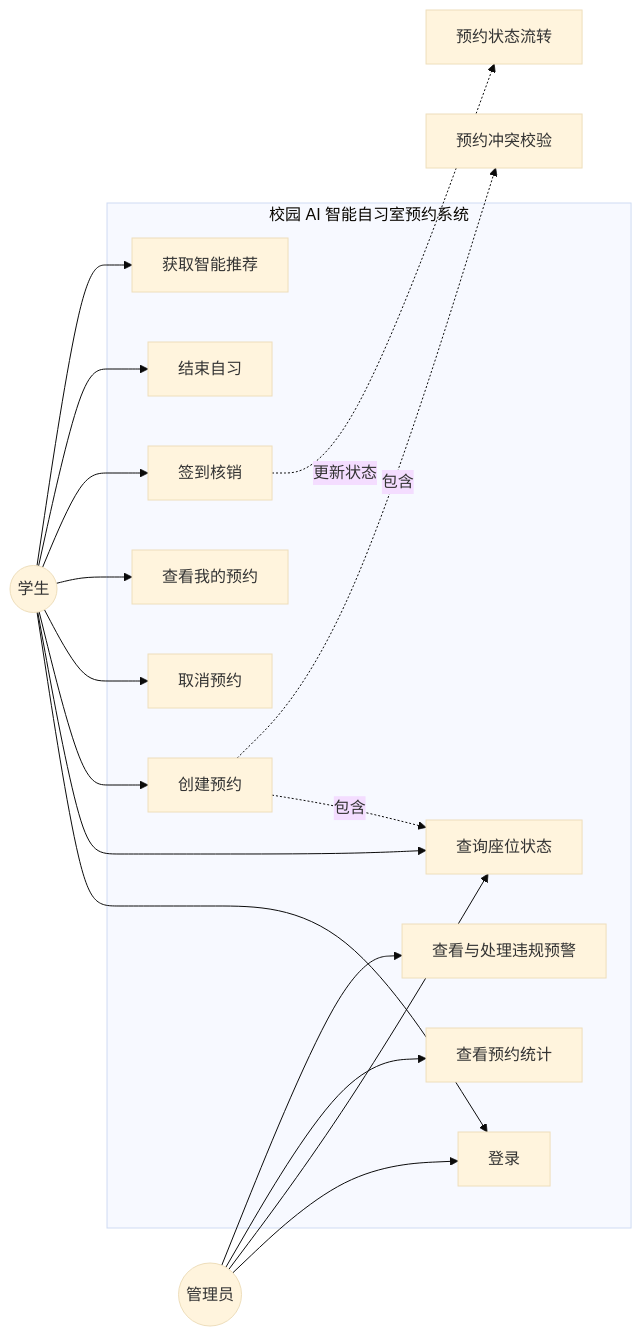
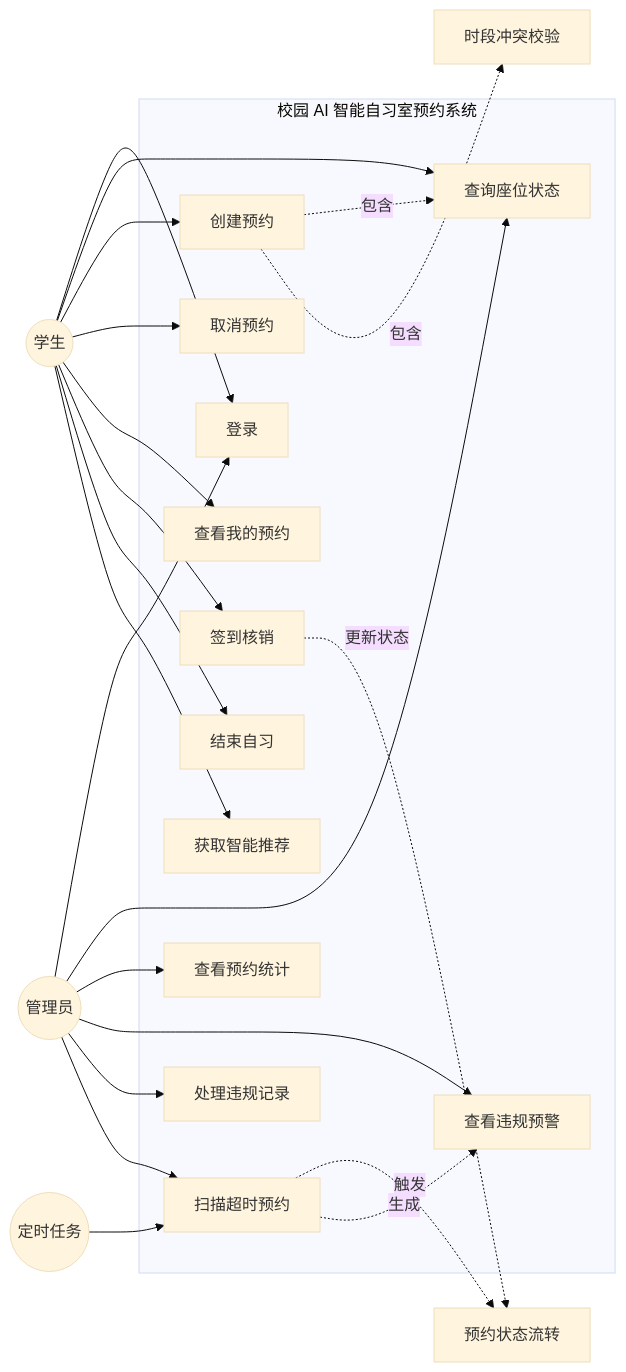
One commit to Type81-1/campus-ai-study-room changed the second of 7 diagrams in docs/系统设计/当前代码设计图稿.md. Above: the diagram before and after it, drawn with Mermaid (base theme). The commit also changed other lines of this file and 4 other files, not shown here.

First line of the commit message:
文档：更新 README 与设计图稿以对齐分层实现

````diff
--- a/docs/系统设计/当前代码设计图稿.md
+++ b/docs/系统设计/当前代码设计图稿.md
@@ -28,32 +97,42 @@
 ```mermaid
 flowchart LR
     Student((学生))
     Admin((管理员))
+    Sweeper((定时任务))
+
     subgraph System[校园 AI 智能自习室预约系统]
         Login[登录]
         Query[查询座位状态]
         Book[创建预约]
         Cancel[取消预约]
         Mine[查看我的预约]
         Checkin[签到核销]
         Checkout[结束自习]
         Recommend[获取智能推荐]
         Stats[查看预约统计]
-        Violations[查看与处理违规预警]
+        Violations[查看违规预警]
+        Resolve[处理违规记录]
+        Scan[扫描超时预约]
     end
+
     Student --> Login
     Student --> Query
     Student --> Book
     Student --> Cancel
     Student --> Mine
     Student --> Checkin
     Student --> Checkout
     Student --> Recommend
     Admin --> Login
     Admin --> Query
     Admin --> Stats
     Admin --> Violations
+    Admin --> Resolve
+    Admin --> Scan
+    Sweeper --> Scan
     Book -.->|包含| Query
-    Book -.->|包含| Conflict[预约冲突校验]
+    Book -.->|包含| Conflict[时段冲突校验]
     Checkin -.->|更新状态| State[预约状态流转]
+    Scan -.->|触发| State
+    Scan -.->|生成| Violations
 ```
````
